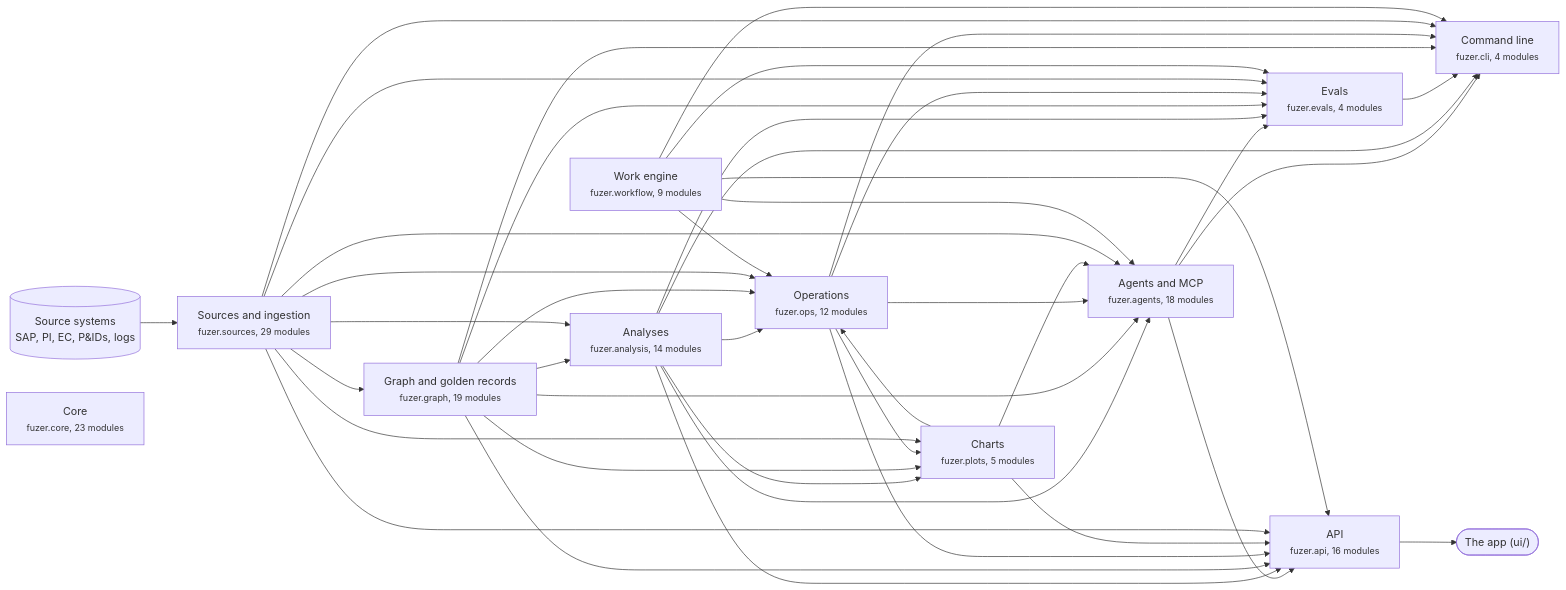
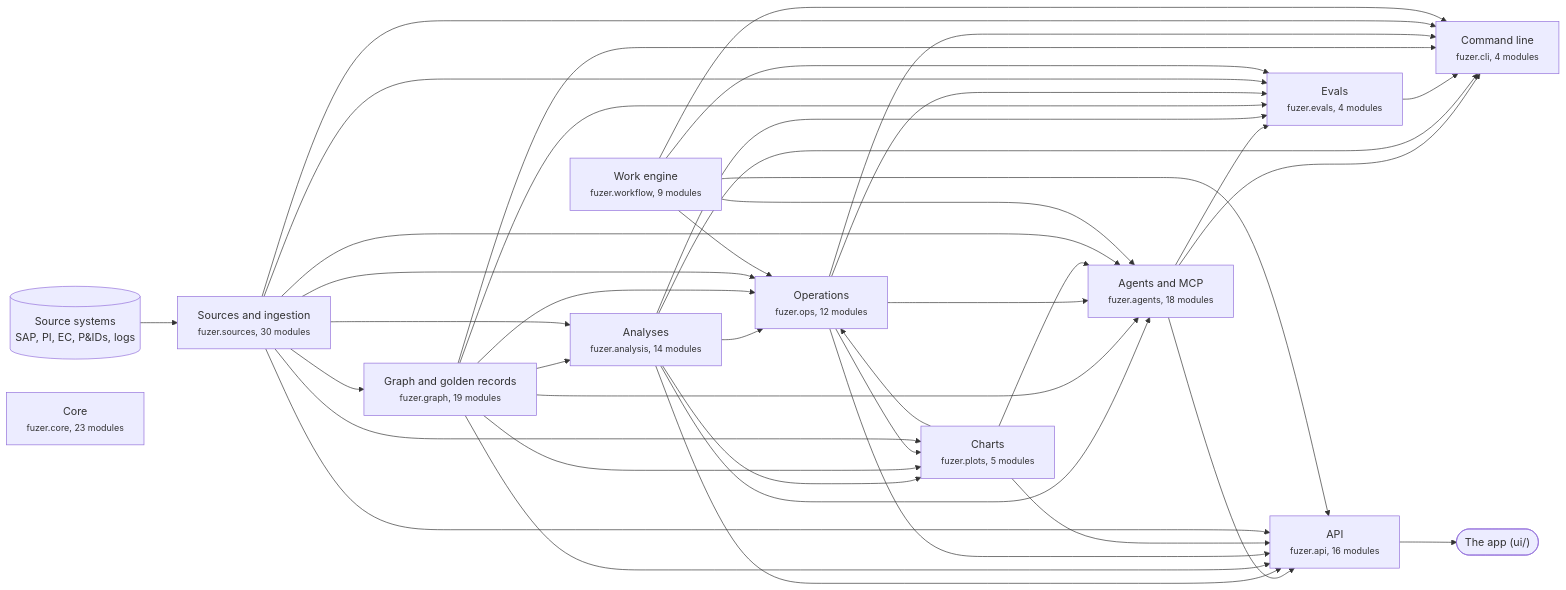
One commit to areed145/fuzer changed the first of 3 diagrams in docs/architecture.md. Above: the diagram before and after it, drawn with Mermaid. The commit also changed other lines of this file and 40 other files, not shown here.

````diff
--- a/docs/architecture.md
+++ b/docs/architecture.md
@@ -8,66 +8,66 @@
 ```mermaid
 flowchart LR
   systems[("Source systems<br>SAP, PI, EC, P&IDs, logs")] --> c_sources
   app(["The app (ui/)"])
   c_api --> app
-  c_sources["Sources and ingestion<br><small>fuzer.sources, 29 modules</small>"]
+  c_sources["Sources and ingestion<br><small>fuzer.sources, 30 modules</small>"]
   c_graph["Graph and golden records<br><small>fuzer.graph, 19 modules</small>"]
   c_analysis["Analyses<br><small>fuzer.analysis, 14 modules</small>"]
   c_ops["Operations<br><small>fuzer.ops, 12 modules</small>"]
   c_plots["Charts<br><small>fuzer.plots, 5 modules</small>"]
   c_workflow["Work engine<br><small>fuzer.workflow, 9 modules</small>"]
   c_agents["Agents and MCP<br><small>fuzer.agents, 18 modules</small>"]
   c_evals["Evals<br><small>fuzer.evals, 4 modules</small>"]
   c_api["API<br><small>fuzer.api, 16 modules</small>"]
   c_cli["Command line<br><small>fuzer.cli, 4 modules</small>"]
   c_core["Core<br><small>fuzer.core, 23 modules</small>"]
   c_sources --> c_graph
   c_graph --> c_analysis
   c_sources --> c_analysis
   c_analysis --> c_ops
   c_graph --> c_ops
   c_plots --> c_ops
   c_sources --> c_ops
   c_workflow --> c_ops
   c_analysis --> c_plots
   c_graph --> c_plots
   c_ops --> c_plots
   c_sources --> c_plots
   c_analysis --> c_agents
   c_graph --> c_agents
   c_ops --> c_agents
   c_plots --> c_agents
   c_sources --> c_agents
   c_workflow --> c_agents
   c_agents --> c_evals
   c_analysis --> c_evals
   c_graph --> c_evals
   c_ops --> c_evals
   c_sources --> c_evals
   c_workflow --> c_evals
   c_agents --> c_api
   c_analysis --> c_api
   c_graph --> c_api
   c_ops --> c_api
   c_plots --> c_api
   c_sources --> c_api
   c_workflow --> c_api
   c_agents --> c_cli
   c_analysis --> c_cli
   c_evals --> c_cli
   c_graph --> c_cli
   c_ops --> c_cli
   c_sources --> c_cli
   c_workflow --> c_cli
   click c_sources "https://github.com/areed145/fuzer/tree/main/src/fuzer/sources"
   click c_graph "https://github.com/areed145/fuzer/tree/main/src/fuzer/graph"
   click c_analysis "https://github.com/areed145/fuzer/tree/main/src/fuzer/analysis"
   click c_ops "https://github.com/areed145/fuzer/tree/main/src/fuzer/ops"
   click c_plots "https://github.com/areed145/fuzer/tree/main/src/fuzer/plots"
   click c_workflow "https://github.com/areed145/fuzer/tree/main/src/fuzer/workflow"
   click c_agents "https://github.com/areed145/fuzer/tree/main/src/fuzer/agents"
   click c_evals "https://github.com/areed145/fuzer/tree/main/src/fuzer/evals"
   click c_api "https://github.com/areed145/fuzer/tree/main/src/fuzer/api"
   click c_cli "https://github.com/areed145/fuzer/tree/main/src/fuzer/cli"
   click c_core "https://github.com/areed145/fuzer/tree/main/src/fuzer/core"
 ```
````
